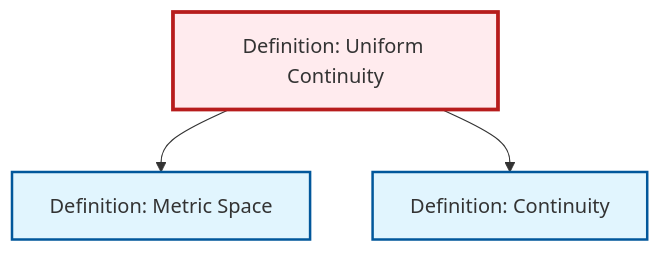
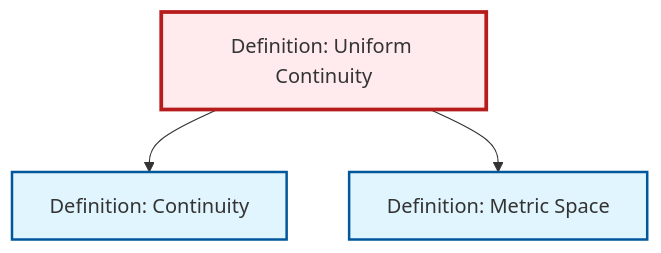
Before and after one commit to RK0429/ModernMath: the diagram in output/mermaid/def-uniform-continuity.mermaid, drawn with Mermaid. The commit also changed other lines of this file and 360 other files, not shown here.

```diff
--- a/output/mermaid/def-uniform-continuity.mermaid
+++ b/output/mermaid/def-uniform-continuity.mermaid
@@ -1,13 +1,13 @@
 %%| fig-cap: "Local dependency graph"
 graph TD
     classDef definition fill:#e1f5fe,stroke:#01579b,stroke-width:2px
     classDef theorem fill:#f3e5f5,stroke:#4a148c,stroke-width:2px
     classDef axiom fill:#fff3e0,stroke:#e65100,stroke-width:2px
     classDef example fill:#e8f5e9,stroke:#1b5e20,stroke-width:2px
     classDef current fill:#ffebee,stroke:#b71c1c,stroke-width:3px
     def-metric-space["Definition: Metric Space"]:::definition
+    def-uniform-continuity["Definition: Uniform Continuity"]:::definition
     def-continuity["Definition: Continuity"]:::definition
-    def-uniform-continuity["Definition: Uniform Continuity"]:::definition
+    def-uniform-continuity --> def-continuity
     def-uniform-continuity --> def-metric-space
-    def-uniform-continuity --> def-continuity
     class def-uniform-continuity current
```
